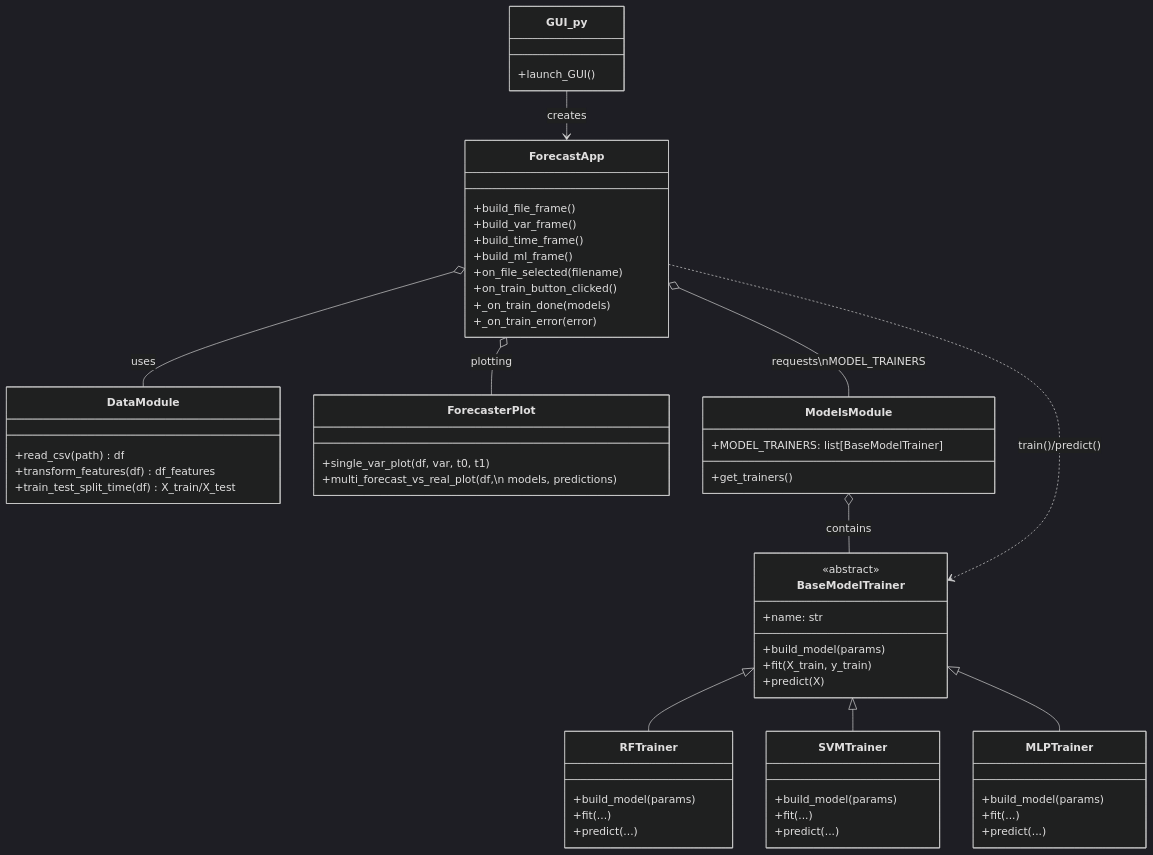
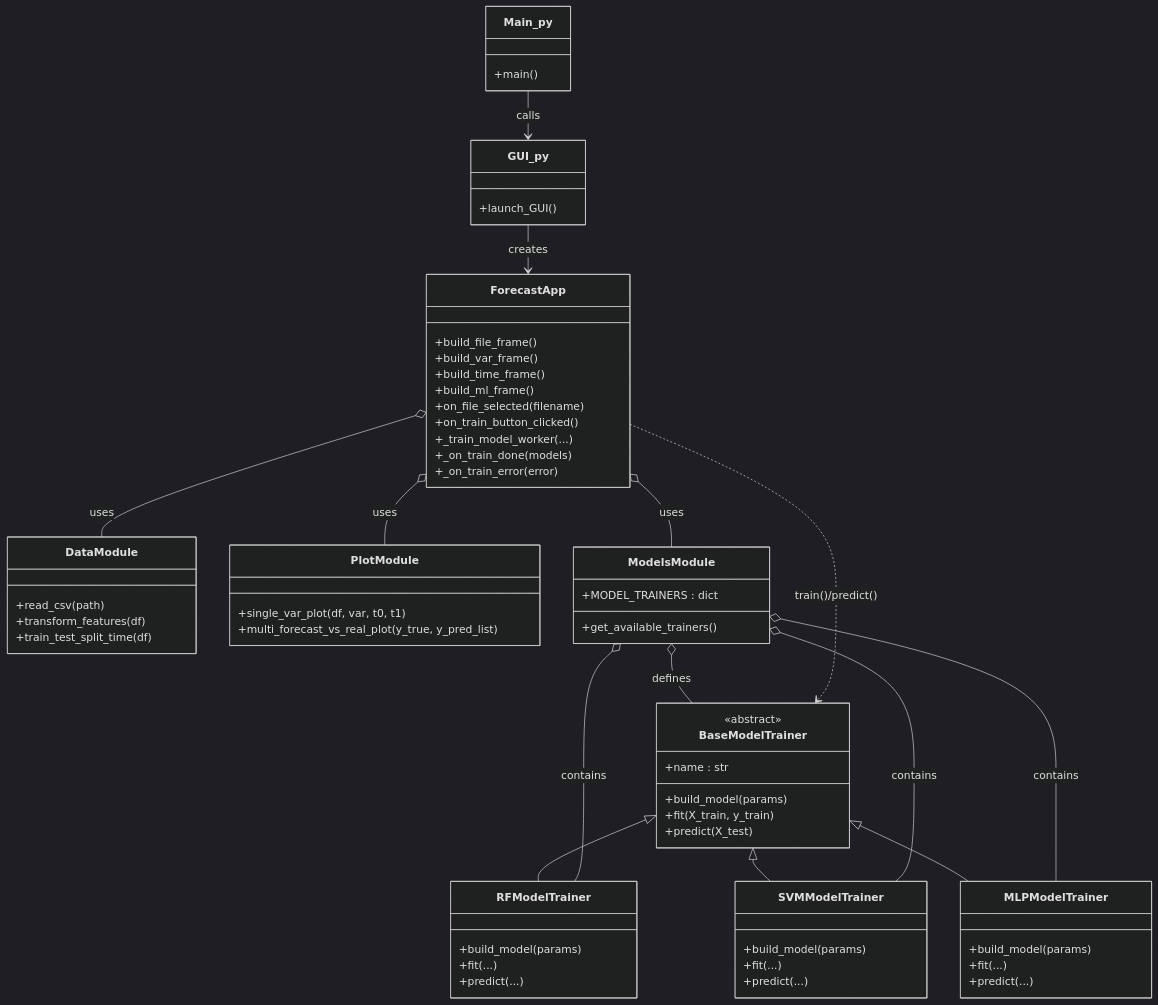
The first of 2 diagrams in README.md (Ugozhang/Project03_46W38_MLforecasting), drawn with Mermaid (dark theme) before and after one commit. The commit also changed 8 other files, not shown here.

Commit message:
<docs> update mermaid diagrams; upload report

````diff
--- a/README.md
+++ b/README.md
@@ -98,6 +98,15 @@
 ```mermaid
 classDiagram
-    %% === GUI / Application ===
+
+    %% ========= Entry / GUI =========
+    class Main_py {
+        +main()
+    }
+
+    class GUI_py {
+        +launch_GUI()
+    }
+
     class ForecastApp {
         +build_file_frame()
         +build_var_frame()
@@ -105,72 +114,75 @@
         +build_ml_frame()
         +on_file_selected(filename)
         +on_train_button_clicked()
+        +_train_model_worker(...)
         +_on_train_done(models)
         +_on_train_error(error)
     }
 
-    class GUI_py {
-        +launch_GUI()
+    %% ========= Data layer (data.py) =========
+    class DataModule {
+        +read_csv(path)
+        +transform_features(df)
+        +train_test_split_time(df)
     }
 
-    GUI_py --> ForecastApp : creates
-
-    %% === Data / Feature engineering ===
-    class DataModule {
-        +read_csv(path) df
-        +transform_features(df) df_features
-        +train_test_split_time(df) X_train/X_test
+    %% ========= Plot layer (forecaster_plot.py) =========
+    class PlotModule {
+        +single_var_plot(df, var, t0, t1)
+        +multi_forecast_vs_real_plot(y_true, y_pred_list)
     }
 
-    %% === Plotting ===
-    class ForecasterPlot {
-        +single_var_plot(df, var, t0, t1)
-        +multi_forecast_vs_real_plot(df,\n models, predictions)
+    %% ========= Models layer (models.py) =========
+    class ModelsModule {
+        +MODEL_TRAINERS : dict
+        +get_available_trainers()
     }
 
-    %% === ML trainer hierarchy ===
+    %% ---- Trainer hierarchy inside models.py ----
     class BaseModelTrainer {
         <<abstract>>
-        +name: str
+        +name : str
         +build_model(params)
         +fit(X_train, y_train)
-        +predict(X)
+        +predict(X_test)
     }
 
-    class RFTrainer {
+    class RFModelTrainer {
         +build_model(params)
         +fit(...)
         +predict(...)
     }
 
-    class SVMTrainer {
+    class SVMModelTrainer {
         +build_model(params)
         +fit(...)
         +predict(...)
     }
 
-    class MLPTrainer {
+    class MLPModelTrainer {
         +build_model(params)
         +fit(...)
         +predict(...)
     }
 
-    BaseModelTrainer <|-- RFTrainer
-    BaseModelTrainer <|-- SVMTrainer
-    BaseModelTrainer <|-- MLPTrainer
+    %% ========= Inheritance =========
+    BaseModelTrainer <|-- RFModelTrainer
+    BaseModelTrainer <|-- SVMModelTrainer
+    BaseModelTrainer <|-- MLPModelTrainer
 
-    class ModelsModule {
-        +MODEL_TRAINERS: list[BaseModelTrainer]
-        +get_trainers()
-    }
+    %% ========= Relationships (who uses whom) =========
+    Main_py --> GUI_py : calls
+    GUI_py --> ForecastApp : creates
 
-    %% === Relationships ===
     ForecastApp o-- DataModule : uses
-    ForecastApp o-- ForecasterPlot : plotting
-    ForecastApp o-- ModelsModule : requests\nMODEL_TRAINERS
-    ModelsModule o-- BaseModelTrainer : contains
+    ForecastApp o-- PlotModule : uses
+    ForecastApp o-- ModelsModule : uses
 
-    %% Optional: show that ForecastApp calls trainers to predict
+    ModelsModule o-- BaseModelTrainer : defines
+    ModelsModule o-- RFModelTrainer : contains
+    ModelsModule o-- SVMModelTrainer : contains
+    ModelsModule o-- MLPModelTrainer : contains
+
     ForecastApp ..> BaseModelTrainer : train()/predict()
 
 ```
````
